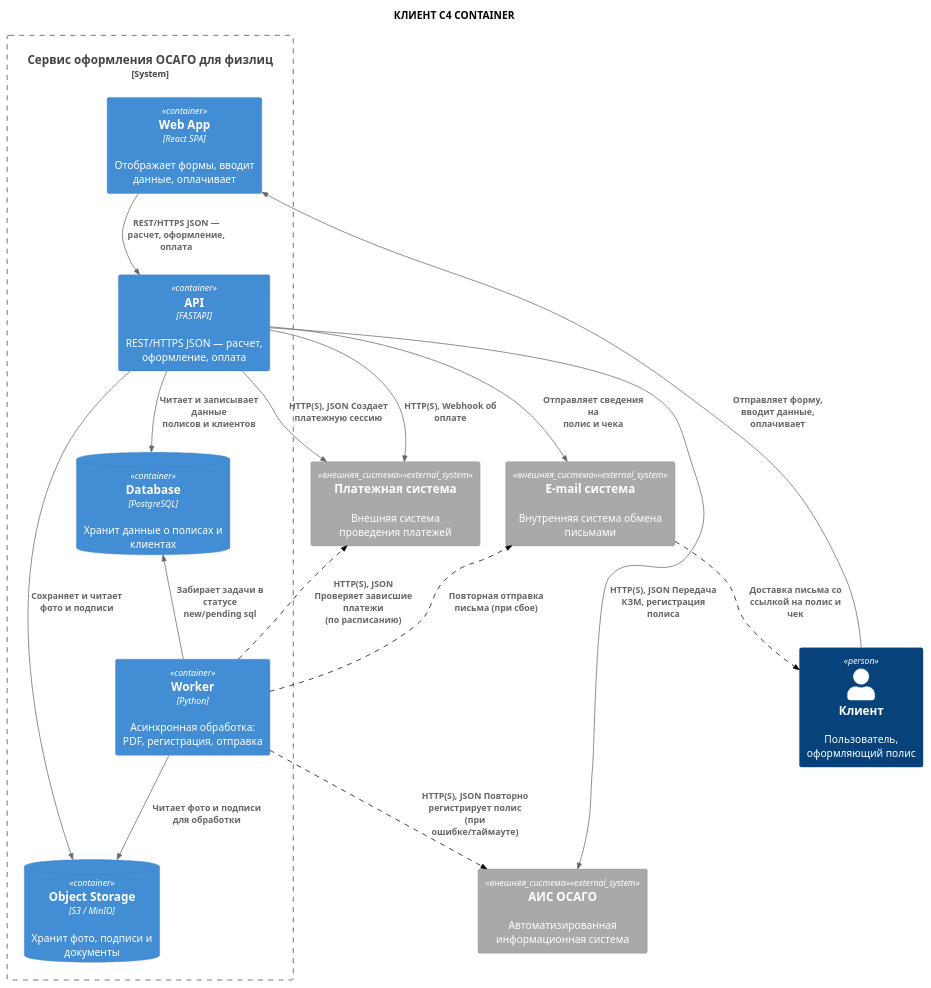
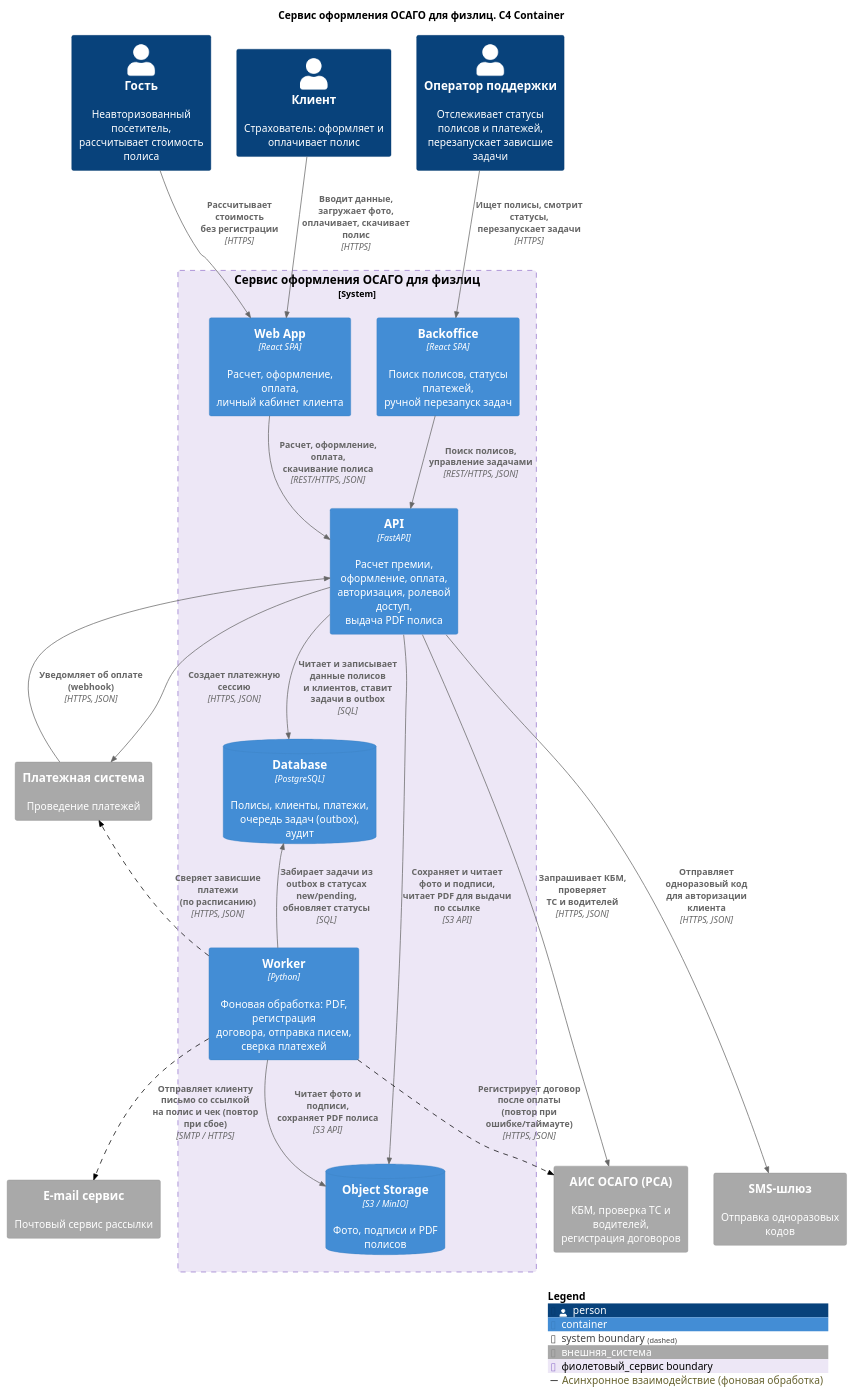
The diagram in docs_and_diagrams/Artem/container.puml (ElectricLight-ELO/Insurance-system), drawn with PlantUML before and after one commit. The commit also changed 2 other files, not shown here.

```diff
--- a/docs_and_diagrams/Artem/container.puml
+++ b/docs_and_diagrams/Artem/container.puml
@@ -1,92 +1,92 @@
 @startuml
 !include https://raw.githubusercontent.com/plantuml-stdlib/C4-PlantUML/master/C4_Container.puml
 
-title КЛИЕНТ C4 CONTAINER
+title Сервис оформления ОСАГО для физлиц. C4 Container
 
-' === НАСТРОЙКА ЦВЕТОВ (как в Context) ===
+' === НАСТРОЙКА ЦВЕТОВ ===
 AddSystemTag("внешняя_система", $bgColor="#A9A9A9", $borderColor="#8A8A8A", $fontColor="#FFFFFF")
-AddSystemTag("фиолетовый_сервис", $bgColor="#B39DDB", $borderColor="#9575CD", $fontColor="#000000")
-AddRelTag("пунктир", $lineStyle = DashedLine(), $lineColor = "#000000")
+AddBoundaryTag("фиолетовый_сервис", $bgColor="#EDE7F6", $borderColor="#9575CD", $fontColor="#000000")
+AddRelTag("пунктир", $lineStyle=DashedLine(), $lineColor="#000000", $legendText="Асинхронное взаимодействие (фоновая обработка)")
 
 ' === ЭЛЕМЕНТЫ ===
 
-Person(client, "Клиент", "Пользователь, оформляющий полис")
+Person(guest, "Гость", "Неавторизованный посетитель,\nрассчитывает стоимость полиса")
+Person(client, "Клиент", "Страхователь: оформляет и\nоплачивает полис")
+Person(support, "Оператор поддержки", "Отслеживает статусы полисов и платежей,\nперезапускает зависшие задачи")
 
-' Центральный сервис (фиолетовый, как ИС ОСАГО в контексте)
-System_Boundary(osago_service, "Сервис оформления ОСАГО для физлиц") {
+System_Boundary(osago_service, "Сервис оформления ОСАГО для физлиц", $tags="фиолетовый_сервис") {
 
-    Container(web_app, "Web App", "React SPA", "Отображает формы, вводит данные, оплачивает")
-    
-    Container(api, "API", "FASTAPI", "REST/HTTPS JSON — расчет, оформление, оплата")
-    
-    ContainerDb(database, "Database", "PostgreSQL", "Хранит данные о полисах и клиентах")
-    
-    ContainerDb(object_storage, "Object Storage", "S3 / MinIO", "Хранит фото, подписи и документы")
-    
-    Container(worker, "Worker", "Python", "Асинхронная обработка: PDF, регистрация, отправка")
+    Container(web_app, "Web App", "React SPA", "Расчет, оформление, оплата,\nличный кабинет клиента")
+
+    Container(backoffice, "Backoffice", "React SPA", "Поиск полисов, статусы платежей,\nручной перезапуск задач")
+
+    Container(api, "API", "FastAPI", "Расчет премии, оформление, оплата,\nавторизация, ролевой доступ,\nвыдача PDF полиса")
+
+    ContainerDb(database, "Database", "PostgreSQL", "Полисы, клиенты, платежи,\nочередь задач (outbox), аудит")
+
+    ContainerDb(object_storage, "Object Storage", "S3 / MinIO", "Фото, подписи и PDF полисов")
+
+    Container(worker, "Worker", "Python", "Фоновая обработка: PDF, регистрация\nдоговора, отправка писем, сверка платежей")
 }
 
 ' Внешние системы (серые, внизу)
-System_Ext(payment_sys, "Платежная система", "Внешняя система проведения платежей", $tags="внешняя_система")
-System_Ext(email_sys, "E-mail система", "Внутренняя система обмена письмами", $tags="внешняя_система")
-System_Ext(ais_osago, "АИС ОСАГО", "Автоматизированная информационная система", $tags="внешняя_система")
+System_Ext(payment_sys, "Платежная система", "Проведение платежей", $tags="внешняя_система")
+System_Ext(email_sys, "E-mail сервис", "Почтовый сервис рассылки", $tags="внешняя_система")
+System_Ext(ais_osago, "АИС ОСАГО (РСА)", "КБМ, проверка ТС и водителей,\nрегистрация договоров", $tags="внешняя_система")
+System_Ext(sms_sys, "SMS-шлюз", "Отправка одноразовых кодов", $tags="внешняя_система")
 
 ' === СВЯЗИ ===
 
-' Клиент -> Web App
-Rel(client, web_app, "Отправляет форму, вводит данные,\nоплачивает")
+' Персоны
+Rel(guest, web_app, "Рассчитывает стоимость\nбез регистрации", "HTTPS")
+Rel(client, web_app, "Вводит данные, загружает фото,\nоплачивает, скачивает полис", "HTTPS")
+Rel(support, backoffice, "Ищет полисы, смотрит статусы,\nперезапускает задачи", "HTTPS")
 
-' Web App -> API
-Rel(web_app, api, "REST/HTTPS JSON — расчет, оформление,\nоплата")
+' Фронтенды -> API
+Rel(web_app, api, "Расчет, оформление, оплата,\nскачивание полиса", "REST/HTTPS, JSON")
+Rel(backoffice, api, "Поиск полисов,\nуправление задачами", "REST/HTTPS, JSON")
 
-' API -> Database
-Rel(api, database, "Читает и записывает данные\nполисов и клиентов")
+' API -> внутренние хранилища
+Rel(api, database, "Читает и записывает данные полисов\nи клиентов, ставит задачи в outbox", "SQL")
+Rel(api, object_storage, "Сохраняет и читает фото и подписи,\nчитает PDF для выдачи по ссылке", "S3 API")
 
-' API -> Object Storage
-Rel(api, object_storage, "Сохраняет и читает\nфото и подписи")
+' API -> внешние системы (синхронно)
+Rel(api, sms_sys, "Отправляет одноразовый код\nдля авторизации клиента", "HTTPS, JSON")
+Rel(api, payment_sys, "Создает платежную сессию", "HTTPS, JSON")
+Rel(payment_sys, api, "Уведомляет об оплате (webhook)", "HTTPS, JSON")
+Rel(api, ais_osago, "Запрашивает КБМ, проверяет\nТС и водителей", "HTTPS, JSON")
 
-' API -> E-mail система
-Rel(api, email_sys, "Отправляет сведения на\nполис и чека")
+' Worker -> внутренние хранилища
+Rel(worker, database, "Забирает задачи из outbox в статусах\nnew/pending, обновляет статусы", "SQL")
+Rel(worker, object_storage, "Читает фото и подписи,\nсохраняет PDF полиса", "S3 API")
 
-' API -> Платежная система
-Rel(api, payment_sys, "HTTP(S), JSON Создает платежную сессию")
-Rel(api, payment_sys, "HTTP(S), Webhook об оплате")
-
-' API -> АИС ОСАГО
-Rel(api, ais_osago, "HTTP(S), JSON Передача КЗМ, регистрация\nполиса")
-
-' Worker -> Database
-Rel(worker, database, "Забирает задачи в статусе\nnew/pending sql")
-
-' Worker -> Object Storage
-Rel(worker, object_storage, "Читает фото и подписи\nдля обработки")
-
-' Worker -> АИС ОСАГО (пунктир)
-Rel(worker, ais_osago, "HTTP(S), JSON Повторно регистрирует полис\n(при ошибке/таймауте)", $tags="пунктир")
-
-' Worker -> Платежная система (пунктир)
-Rel(worker, payment_sys, "HTTP(S), JSON Проверяет зависшие платежи\n(по расписанию)", $tags="пунктир")
-
-' E-mail система -> Клиент (пунктир)
-Rel(email_sys, client, "Доставка письма со ссылкой на полис и\nчек", $tags="пунктир")
-
-' Worker -> E-mail система (пунктир)
-Rel(worker, email_sys, "Повторная отправка письма (при сбое)", $tags="пунктир")
+' Worker -> внешние системы (асинхронно, пунктир)
+Rel(worker, ais_osago, "Регистрирует договор после оплаты\n(повтор при ошибке/таймауте)", "HTTPS, JSON", $tags="пунктир")
+Rel(worker, payment_sys, "Сверяет зависшие платежи\n(по расписанию)", "HTTPS, JSON", $tags="пунктир")
+Rel(worker, email_sys, "Отправляет клиенту письмо со ссылкой\nна полис и чек (повтор при сбое)", "SMTP / HTTPS", $tags="пунктир")
 
 ' === УПРАВЛЕНИЕ LAYOUT (скрытые связи) ===
 
-' Клиент сверху, Web App под ним
+' Персоны в один ряд
+guest -[hidden]right- client
+client -[hidden]right- support
+
+' Фронтенды под своими персонами
 client -[hidden]down- web_app
+support -[hidden]down- backoffice
+web_app -[hidden]right- backoffice
 
-' API в центре, базы данных внутри boundary
+' Ядро
 web_app -[hidden]down- api
 api -[hidden]down- database
 database -[hidden]right- object_storage
 database -[hidden]down- worker
 
-' Внешние системы внизу (как в контексте)
+' Внешние системы внизу
 osago_service -[hidden]down- payment_sys
 payment_sys -[hidden]right- email_sys
 email_sys -[hidden]right- ais_osago
+ais_osago -[hidden]right- sms_sys
 
+SHOW_LEGEND()
 @enduml
```
